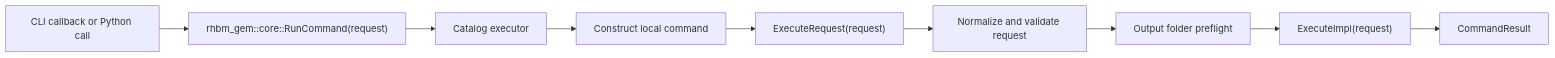
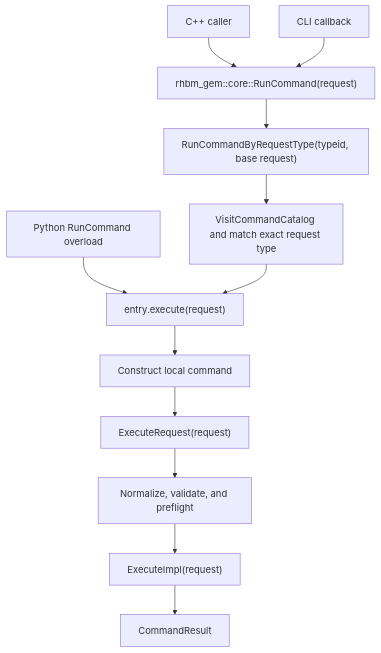
The diagram in docs/developer/architecture/command-architecture.md (yslianTim/rhbm_gem), drawn with Mermaid before and after one commit. The commit also changed other lines of this file, not shown here.

````diff
--- a/docs/developer/architecture/command-architecture.md
+++ b/docs/developer/architecture/command-architecture.md
@@ -93,11 +103,14 @@
 ```mermaid
-flowchart LR
-    A["CLI callback or Python call"] --> B["rhbm_gem::core::RunCommand(request)"]
-    B --> C["Catalog executor"]
-    C --> D["Construct local command"]
-    D --> E["ExecuteRequest(request)"]
-    E --> F["Normalize and validate request"]
-    F --> G["Output folder preflight"]
-    G --> H["ExecuteImpl(request)"]
-    H --> I["CommandResult"]
+flowchart TD
+    A["C++ caller"] --> B["rhbm_gem::core::RunCommand(request)"]
+    C["CLI callback"] --> B
+    B --> D["RunCommandByRequestType(typeid, base request)"]
+    D --> E["VisitCommandCatalog and match exact request type"]
+    F["Python RunCommand overload"] --> G["entry.execute(request)"]
+    E --> G
+    G --> H["Construct local command"]
+    H --> I["ExecuteRequest(request)"]
+    I --> J["Normalize, validate, and preflight"]
+    J --> K["ExecuteImpl(request)"]
+    K --> L["CommandResult"]
 ```
````
